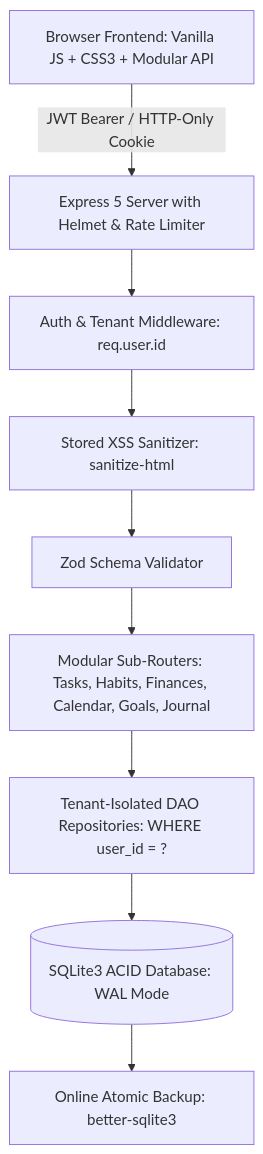
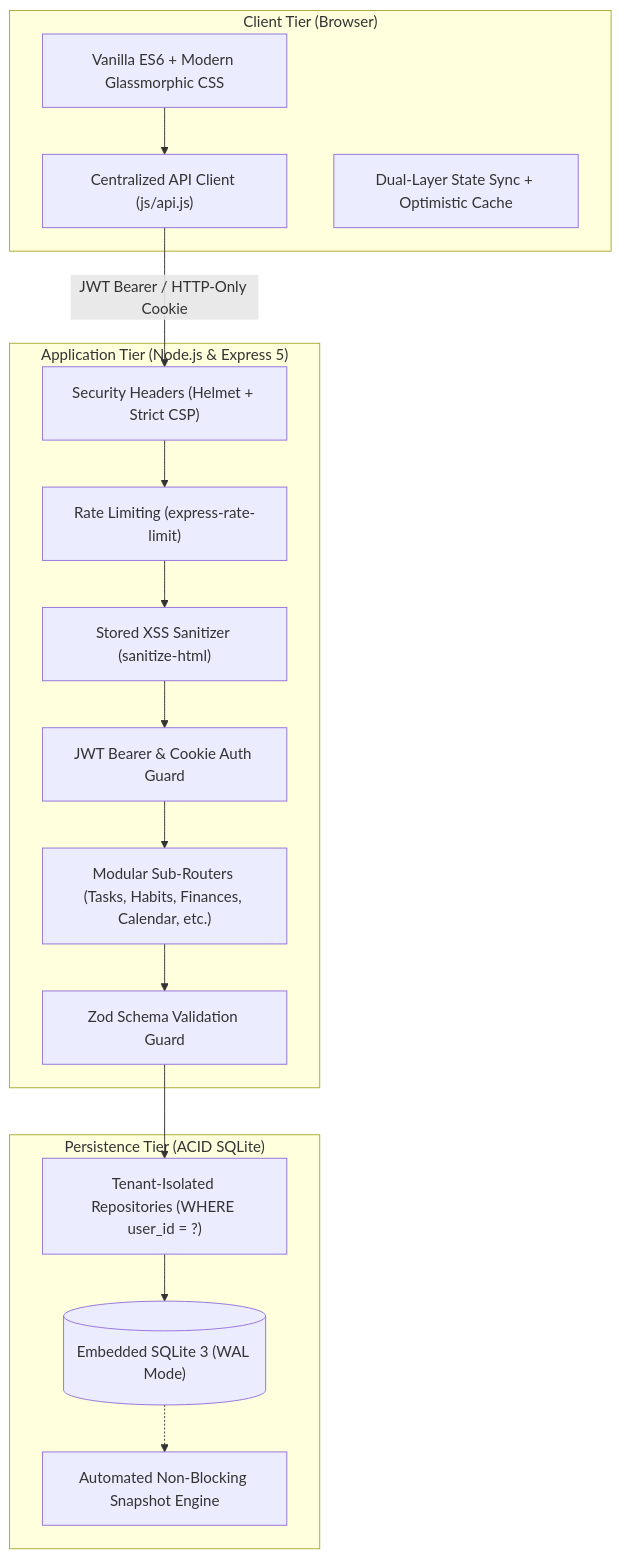
The diagram in README.md (farzzz-ux/LIFE-OS), drawn with Mermaid before and after one commit. The commit also changed other lines of this file, not shown here.

Commit message:
docs: revamp README with modern hero banner, architecture diagram, and feature showcase

````diff
--- a/README.md
+++ b/README.md
@@ -30,12 +114,34 @@
 ```mermaid
 graph TD
-    Client[Browser Frontend: Vanilla JS + CSS3 + Modular API]
-    Client -->|JWT Bearer / HTTP-Only Cookie| Express[Express 5 Server with Helmet & Rate Limiter]
-    Express --> AuthGuard[Auth & Tenant Middleware: req.user.id]
-    AuthGuard --> Sanitizer[Stored XSS Sanitizer: sanitize-html]
-    Sanitizer --> Validator[Zod Schema Validator]
-    Validator --> Routes[Modular Sub-Routers: Tasks, Habits, Finances, Calendar, Goals, Journal]
-    Routes --> Repositories[Tenant-Isolated DAO Repositories: WHERE user_id = ?]
-    Repositories --> SQLite[(SQLite3 ACID Database: WAL Mode)]
-    SQLite --> Backup[Online Atomic Backup: better-sqlite3]
+    subgraph Client ["Client Tier (Browser)"]
+        UI["Vanilla ES6 + Modern Glassmorphic CSS"]
+        APIClient["Centralized API Client (js/api.js)"]
+        State["Dual-Layer State Sync + Optimistic Cache"]
+    end
+
+    subgraph Server ["Application Tier (Node.js & Express 5)"]
+        Helmet["Security Headers (Helmet + Strict CSP)"]
+        Limiter["Rate Limiting (express-rate-limit)"]
+        Sanitize["Stored XSS Sanitizer (sanitize-html)"]
+        AuthMiddleware["JWT Bearer & Cookie Auth Guard"]
+        Router["Modular Sub-Routers (Tasks, Habits, Finances, Calendar, etc.)"]
+        Validator["Zod Schema Validation Guard"]
+    end
+
+    subgraph Data ["Persistence Tier (ACID SQLite)"]
+        DAO["Tenant-Isolated Repositories (WHERE user_id = ?)"]
+        DB[("Embedded SQLite 3 (WAL Mode)")]
+        Backups["Automated Non-Blocking Snapshot Engine"]
+    end
+
+    UI --> APIClient
+    APIClient -->|JWT Bearer / HTTP-Only Cookie| Helmet
+    Helmet --> Limiter
+    Limiter --> Sanitize
+    Sanitize --> AuthMiddleware
+    AuthMiddleware --> Router
+    Router --> Validator
+    Validator --> DAO
+    DAO --> DB
+    DB -.-> Backups
 ```
````
